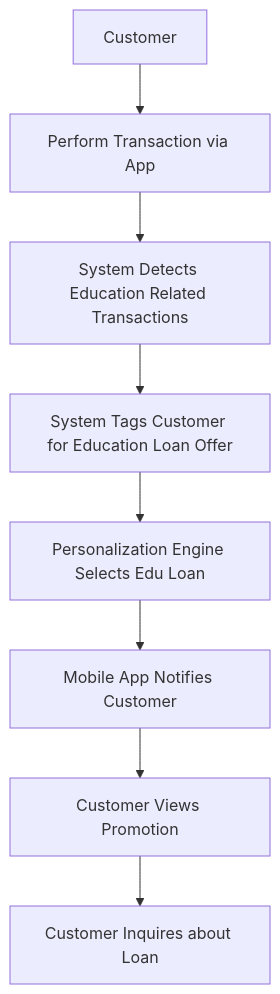
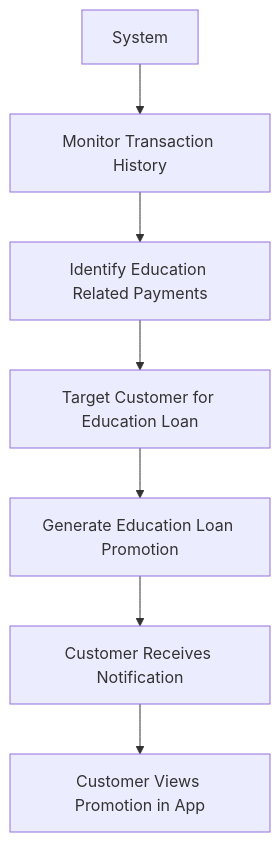
Before and after one commit to yadus1111/agentic-ba-project: the diagram in output/diagram_4.mmd, drawn with Mermaid. The commit also changed 11 other files, not shown here.

```diff
--- a/output/diagram_4.mmd
+++ b/output/diagram_4.mmd
@@ -1,8 +1,7 @@
 flowchart TD
-A[Customer] --> B[Perform Transaction via App]
-B --> C[System Detects Education Related Transactions]
-C --> D[System Tags Customer for Education Loan Offer]
-D --> E[Personalization Engine Selects Edu Loan]
-E --> F[Mobile App Notifies Customer]
-F --> G[Customer Views Promotion]
-G --> H[Customer Inquires about Loan]
+A[System] --> B[Monitor Transaction History]
+B --> C[Identify Education Related Payments]
+C --> D[Target Customer for Education Loan]
+D --> E[Generate Education Loan Promotion]
+E --> F[Customer Receives Notification]
+F --> G[Customer Views Promotion in App]
```
